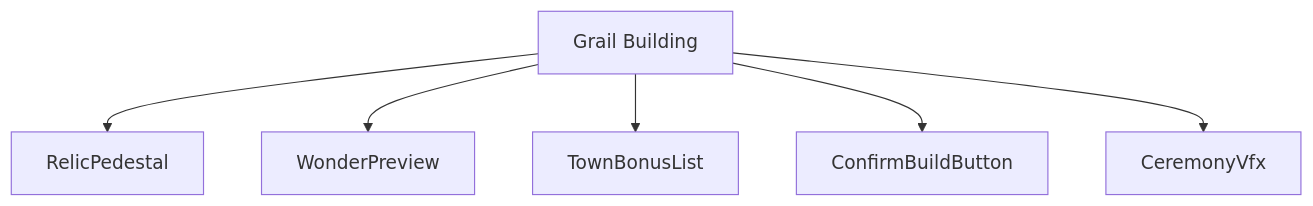
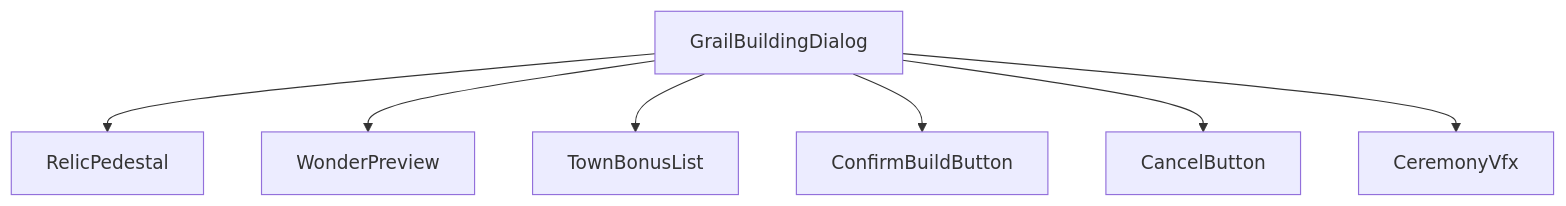
One commit to SunaNoOshiro/Heroes_Reforged_AI_Realms changed the first of 5 diagrams in docs/architecture/wiki/screens/31-grail-building/architecture.md. Above: the diagram before and after it, drawn with Mermaid. The commit also changed other lines of this file and 518 other files, not shown here.

First line of the commit message:
Add doc-audit skill and sweep architecture/screen docs

````diff
--- a/docs/architecture/wiki/screens/31-grail-building/architecture.md
+++ b/docs/architecture/wiki/screens/31-grail-building/architecture.md
@@ -16,14 +22,10 @@
 ```mermaid
 flowchart TD
-  Root["Grail Building"]
-  C0["RelicPedestal"]
-  Root --> C0
-  C1["WonderPreview"]
-  Root --> C1
-  C2["TownBonusList"]
-  Root --> C2
-  C3["ConfirmBuildButton"]
-  Root --> C3
-  C4["CeremonyVfx"]
-  Root --> C4
+  Root["GrailBuildingDialog"]
+  Root --> C0["RelicPedestal"]
+  Root --> C1["WonderPreview"]
+  Root --> C2["TownBonusList"]
+  Root --> C3["ConfirmBuildButton"]
+  Root --> C4["CancelButton"]
+  Root --> C5["CeremonyVfx"]
 ```
````
